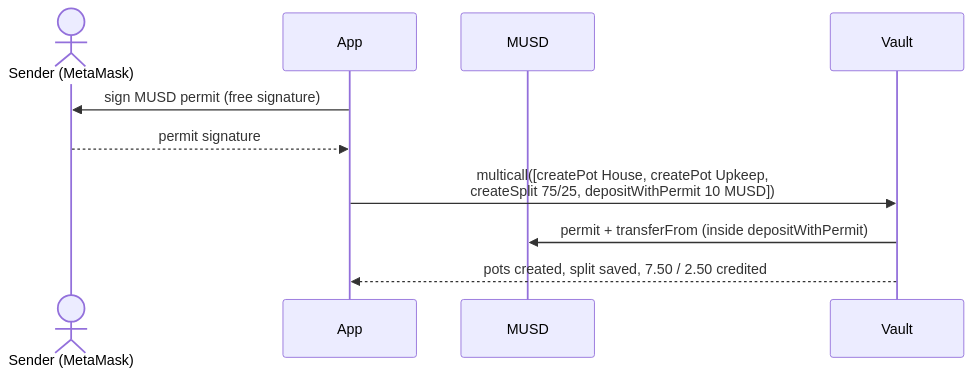
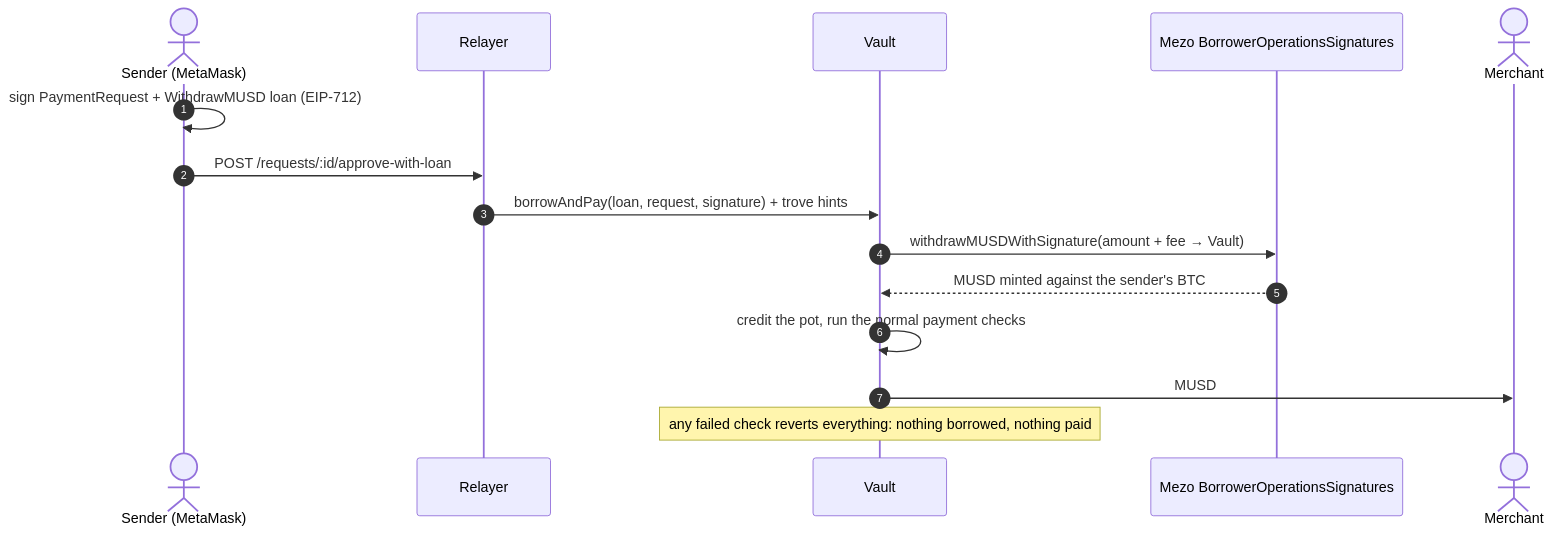
Before and after one commit to adetyaz/Ipin: the fourth of 4 diagrams in README.md, drawn with Mermaid. The commit also changed other lines of this file and 3 other files, not shown here.

````diff
--- a/README.md
+++ b/README.md
@@ -218,13 +237,18 @@
 ```mermaid
 sequenceDiagram
+  autonumber
   actor Tunde as Sender (MetaMask)
-  participant App as App
-  participant MUSD as MUSD
+  participant Rel as Relayer
   participant Vault as Vault
+  participant BOS as Mezo BorrowerOperationsSignatures
+  actor Shop as Merchant
 
-  App->>Tunde: sign MUSD permit (free signature)
-  Tunde-->>App: permit signature
-  App->>Vault: multicall([createPot House, createPot Upkeep,<br/>createSplit 75/25, depositWithPermit 10 MUSD])
-  Vault->>MUSD: permit + transferFrom (inside depositWithPermit)
-  Vault-->>App: pots created, split saved, 7.50 / 2.50 credited
+  Tunde->>Tunde: sign PaymentRequest + WithdrawMUSD loan (EIP-712)
+  Tunde->>Rel: POST /requests/:id/approve-with-loan
+  Rel->>Vault: borrowAndPay(loan, request, signature) + trove hints
+  Vault->>BOS: withdrawMUSDWithSignature(amount + fee → Vault)
+  BOS-->>Vault: MUSD minted against the sender's BTC
+  Vault->>Vault: credit the pot, run the normal payment checks
+  Vault->>Shop: MUSD
+  Note over Vault: any failed check reverts everything: nothing borrowed, nothing paid
 ```
````
